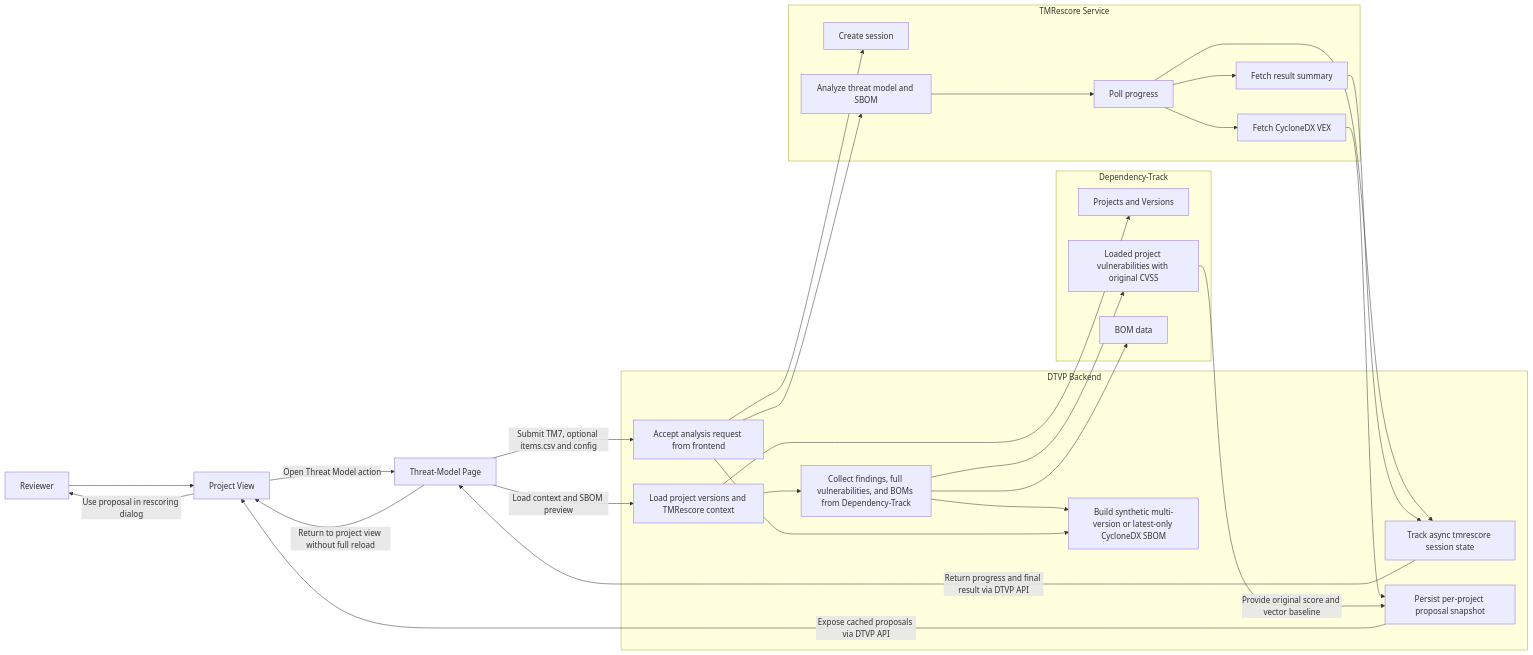
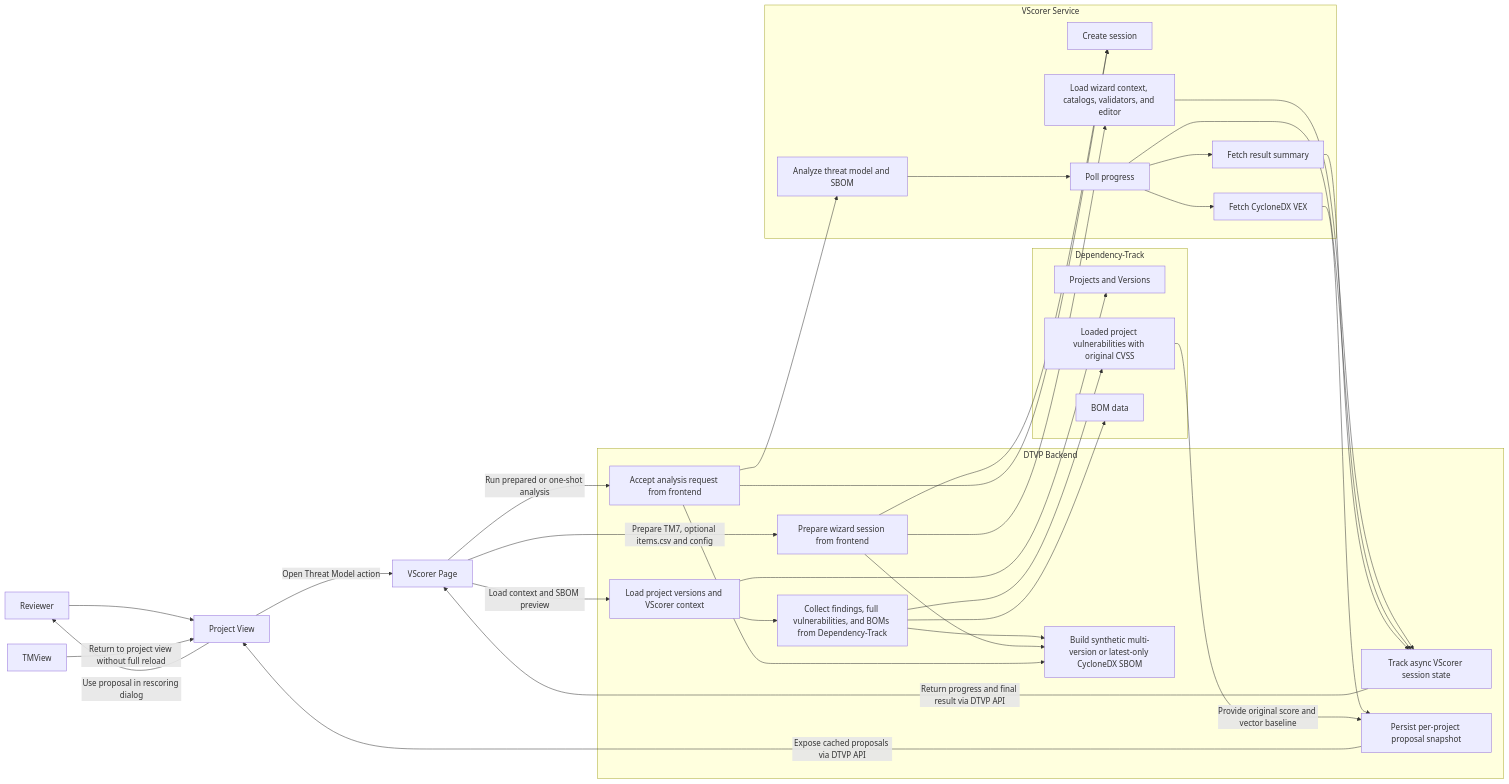
Before and after one commit to phbaer/dtvp: the second of 2 diagrams in docs/workflow-flowcharts.md, drawn with Mermaid. The commit also changed other lines of this file and 31 other files, not shown here.

````diff
--- a/docs/workflow-flowcharts.md
+++ b/docs/workflow-flowcharts.md
@@ -64,55 +64,62 @@
 ```mermaid
 flowchart LR
     User[Reviewer] --> ProjectView[Project View]
-    ProjectView -->|Open Threat Model action| TMView[Threat-Model Page]
+    ProjectView -->|Open Threat Model action| VSView[VScorer Page]
 
     subgraph DTVP["DTVP Backend"]
-        Context[Load project versions and TMRescore context]
+        Context[Load project versions and VScorer context]
         Inventory[Collect findings, full vulnerabilities, and BOMs from Dependency-Track]
         SyntheticSBOM[Build synthetic multi-version or latest-only CycloneDX SBOM]
+        PrepareWizard[Prepare wizard session from frontend]
         AnalyzeRequest[Accept analysis request from frontend]
-        SessionCache[Track async tmrescore session state]
+        SessionCache[Track async VScorer session state]
         ProposalCache[Persist per-project proposal snapshot]
     end
 
     subgraph DT["Dependency-Track"]
         DTProjects[Projects and Versions]
         DTVulns[Loaded project vulnerabilities with original CVSS]
         DTBOMs[BOM data]
     end
 
-    subgraph TMR["TMRescore Service"]
+    subgraph VS["VScorer Service"]
         Session[Create session]
+        WizardContext[Load wizard context, catalogs, validators, and editor]
         Analyze[Analyze threat model and SBOM]
         Progress[Poll progress]
         Results[Fetch result summary]
         VEX[Fetch CycloneDX VEX]
     end
 
-    TMView -->|Load context and SBOM preview| Context
-    TMView -->|Submit TM7, optional items.csv and config| AnalyzeRequest
+    VSView -->|Load context and SBOM preview| Context
+    VSView -->|Prepare TM7, optional items.csv and config| PrepareWizard
+    VSView -->|Run prepared or one-shot analysis| AnalyzeRequest
     Context --> DTProjects
     Context --> Inventory
     Inventory --> DTVulns
     Inventory --> DTBOMs
     Inventory --> SyntheticSBOM
 
+    PrepareWizard --> SyntheticSBOM
+    PrepareWizard --> Session
+    PrepareWizard --> WizardContext
+    WizardContext --> SessionCache
     AnalyzeRequest --> SyntheticSBOM
     AnalyzeRequest --> Session
     AnalyzeRequest --> Analyze
     Analyze --> Progress
     Progress --> SessionCache
 
     Progress --> Results
     Results --> SessionCache
 
     Progress --> VEX
     VEX --> ProposalCache
     DTVulns -->|Provide original score and vector baseline| ProposalCache
 
-    SessionCache -->|Return progress and final result via DTVP API| TMView
+    SessionCache -->|Return progress and final result via DTVP API| VSView
     ProposalCache -->|Expose cached proposals via DTVP API| ProjectView
 
     ProjectView -->|Use proposal in rescoring dialog| User
     TMView -->|Return to project view without full reload| ProjectView
 ```
````
